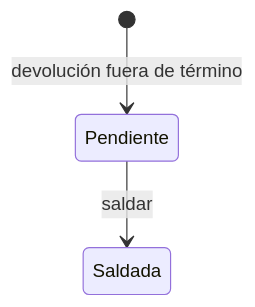
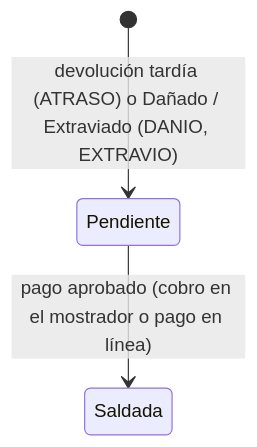
Before and after one commit to Maximiliano018/TPI-DAO: the seventh of 8 diagrams in docs/tecnica/03-maquinas-de-estado.md, drawn with Mermaid. The commit also changed other lines of this file and 136 other files, not shown here.

````diff
--- a/docs/tecnica/03-maquinas-de-estado.md
+++ b/docs/tecnica/03-maquinas-de-estado.md
@@ -209,5 +211,5 @@
 ```mermaid
 stateDiagram-v2
-    [*] --> Pendiente : devolución fuera de término
-    Pendiente --> Saldada : saldar
+    [*] --> Pendiente : devolución tardía (ATRASO) o Dañado / Extraviado (DANIO, EXTRAVIO)
+    Pendiente --> Saldada : pago aprobado (cobro en el mostrador o pago en línea)
 ```
````
